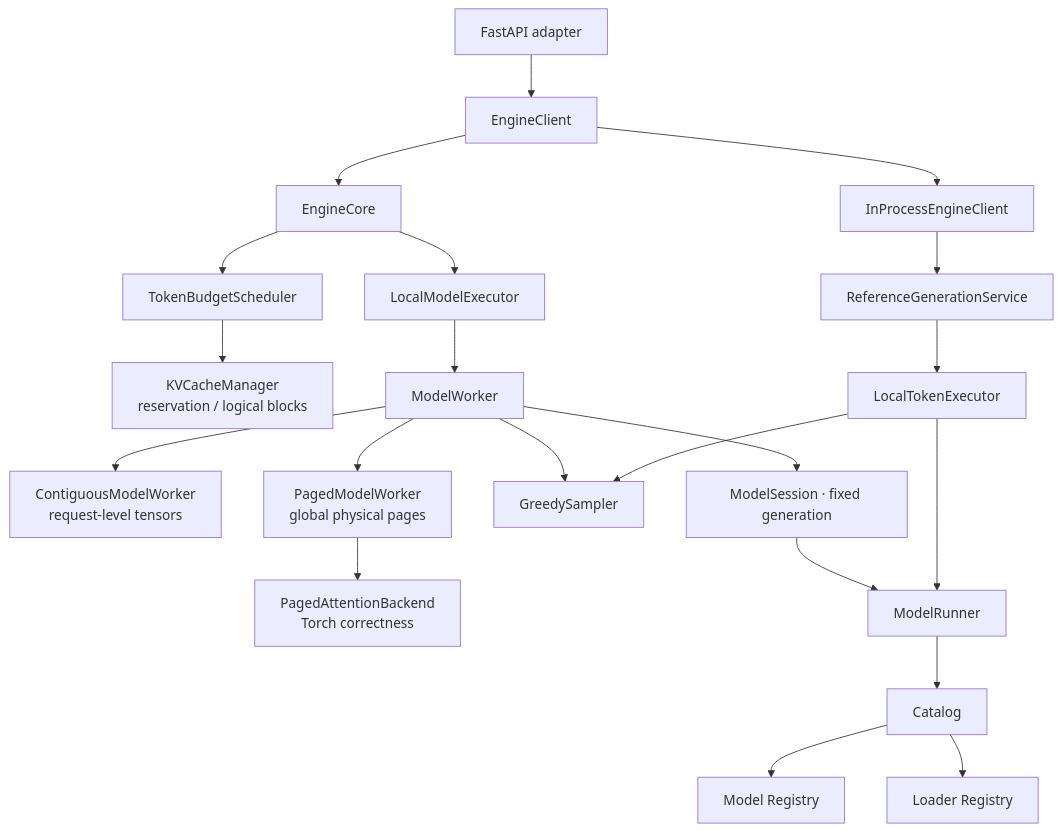
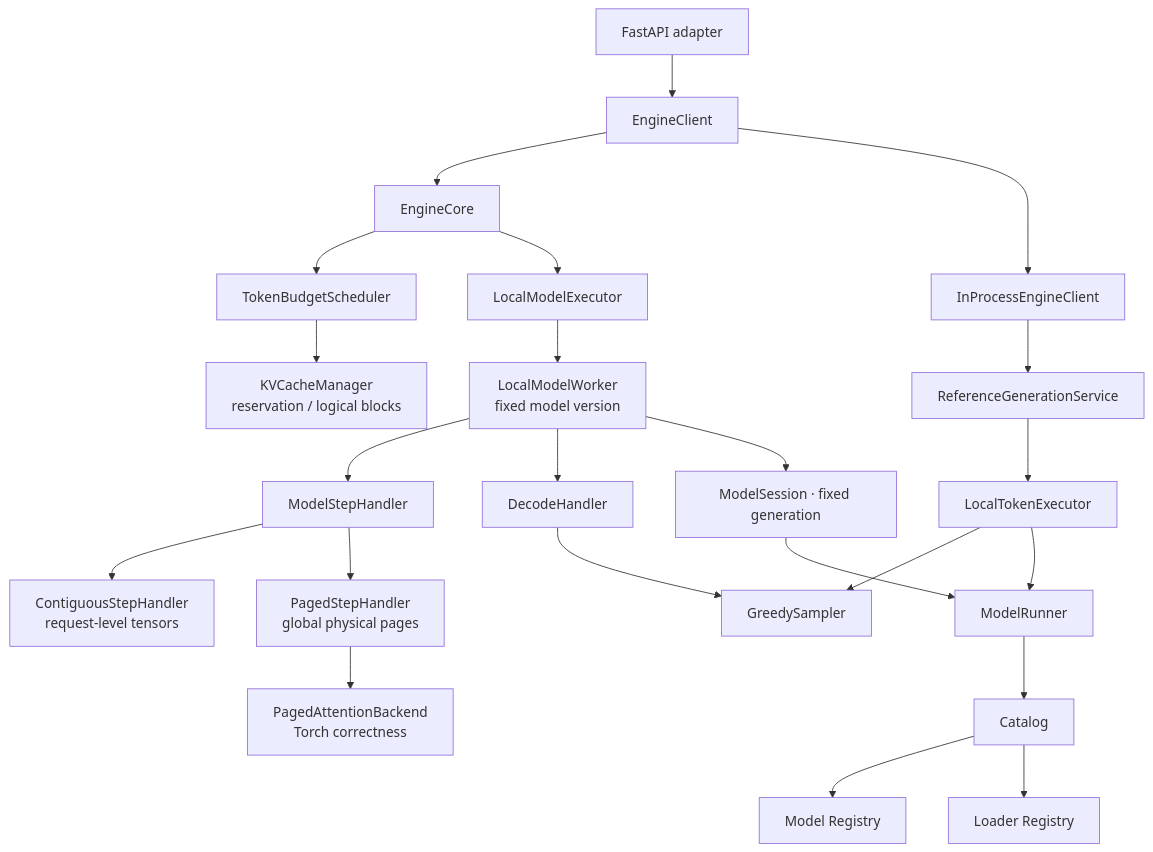
Before and after one commit to poorpaper/light-vllm: the first of 3 diagrams in docs/design.md, drawn with Mermaid. The commit also changed other lines of this file and 8 other files, not shown here.

Commit message:
docs: explain worker and paged attention boundaries

````diff
--- a/docs/design.md
+++ b/docs/design.md
@@ -57,26 +58,28 @@
 ```mermaid
 flowchart TB
     HTTP["FastAPI adapter"] --> Client["EngineClient"]
 
     Client --> Core["EngineCore"]
     Client --> Bridge["InProcessEngineClient"]
     Bridge --> Reference["ReferenceGenerationService"]
 
     Core --> Scheduler["TokenBudgetScheduler"]
     Scheduler --> LogicalKV["KVCacheManager<br/>reservation / logical blocks"]
     Core --> Executor["LocalModelExecutor"]
-    Executor --> Worker["ModelWorker"]
-    Worker --> Contiguous["ContiguousModelWorker<br/>request-level tensors"]
-    Worker --> Paged["PagedModelWorker<br/>global physical pages"]
+    Executor --> Worker["LocalModelWorker<br/>fixed model version"]
+    Worker --> Step["ModelStepHandler"]
+    Worker --> Decode["DecodeHandler"]
+    Step --> Contiguous["ContiguousStepHandler<br/>request-level tensors"]
+    Step --> Paged["PagedStepHandler<br/>global physical pages"]
     Paged --> Attention["PagedAttentionBackend<br/>Torch correctness"]
-    Worker --> Sampler["GreedySampler"]
+    Decode --> Sampler["GreedySampler"]
     Reference --> TokenExecutor["LocalTokenExecutor"]
     TokenExecutor --> Sampler
 
     Worker --> Session["ModelSession · fixed generation"]
     Session --> Runner["ModelRunner"]
     TokenExecutor --> Runner
     Runner --> Catalog["Catalog"]
     Catalog --> Models["Model Registry"]
     Catalog --> Loaders["Loader Registry"]
 ```
````
